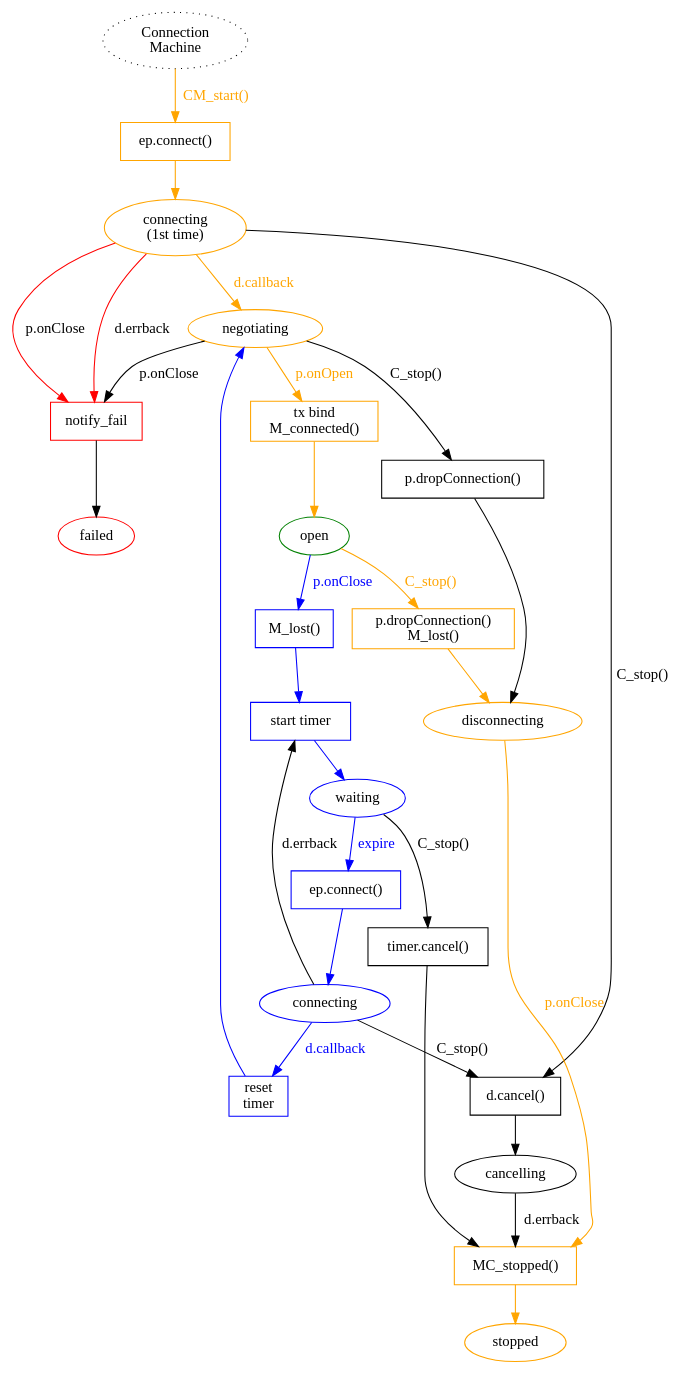
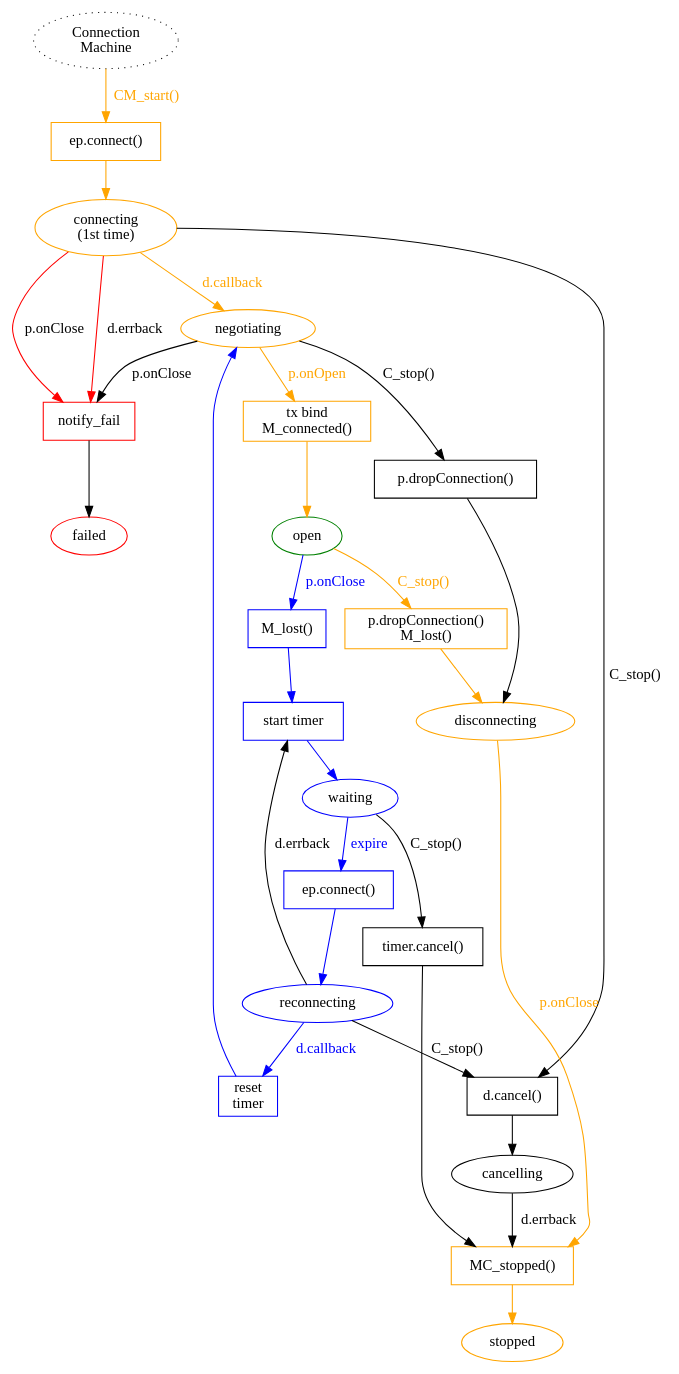
The diagram in docs/w4.dot (magic-wormhole/magic-wormhole), drawn with Graphviz before and after one commit. The commit also changed 1 other file, not shown here.

```diff
--- a/docs/w4.dot
+++ b/docs/w4.dot
@@ -1,61 +1,61 @@
 digraph {
 
 
         /* ConnectionMachine */
         C_start [label="Connection\nMachine" style="dotted"]
         C_start -> C_Pc1 [label="CM_start()" color="orange" fontcolor="orange"]
         C_Pc1 [shape="box" label="ep.connect()" color="orange"]
         C_Pc1 -> C_Sc1 [color="orange"]
         C_Sc1 [label="connecting\n(1st time)" color="orange"]
         C_Sc1 -> C_S_negotiating [label="d.callback" color="orange" fontcolor="orange"]
         C_Sc1 -> C_P_failed [label="d.errback" color="red"]
         C_Sc1 -> C_P_failed [label="p.onClose" color="red"]
         C_Sc1 -> C_P_cancel [label="C_stop()"]
         C_P_cancel [shape="box" label="d.cancel()"]
         C_P_cancel -> C_S_cancelling
         C_S_cancelling [label="cancelling"]
         C_S_cancelling -> C_P_stopped [label="d.errback"]
 
         C_S_negotiating [label="negotiating" color="orange"]
         C_S_negotiating -> C_P_failed [label="p.onClose"]
         C_S_negotiating -> C_P_connected [label="p.onOpen" color="orange" fontcolor="orange"]
         C_S_negotiating -> C_P_drop2 [label="C_stop()"]
         C_P_drop2 [shape="box" label="p.dropConnection()"]
         C_P_drop2 -> C_S_disconnecting
         C_P_connected [shape="box" label="tx bind\nM_connected()" color="orange"]
         C_P_connected -> C_S_open [color="orange"]
 
         C_S_open [label="open" color="green"]
         C_S_open -> C_P_lost [label="p.onClose" color="blue" fontcolor="blue"]
         C_S_open -> C_P_drop [label="C_stop()" color="orange" fontcolor="orange"]
         C_P_drop [shape="box" label="p.dropConnection()\nM_lost()" color="orange"]
         C_P_drop -> C_S_disconnecting [color="orange"]
         C_S_disconnecting [label="disconnecting" color="orange"]
         C_S_disconnecting -> C_P_stopped [label="p.onClose" color="orange" fontcolor="orange"]
 
         C_P_lost [shape="box" label="M_lost()" color="blue"]
         C_P_lost -> C_P_wait [color="blue"]
         C_P_wait [shape="box" label="start timer" color="blue"]
         C_P_wait -> C_S_waiting [color="blue"]
         C_S_waiting [label="waiting" color="blue"]
         C_S_waiting -> C_Pc2 [label="expire" color="blue" fontcolor="blue"]
         C_S_waiting -> C_P_stop_timer [label="C_stop()"]
         C_P_stop_timer [shape="box" label="timer.cancel()"]
         C_P_stop_timer -> C_P_stopped
         C_Pc2 [shape="box" label="ep.connect()" color="blue"]
         C_Pc2 -> C_Sc2 [color="blue"]
-        C_Sc2 [label="connecting" color="blue"]
+        C_Sc2 [label="reconnecting" color="blue"]
         C_Sc2 -> C_P_reset [label="d.callback" color="blue" fontcolor="blue"]
         C_P_reset [shape="box" label="reset\ntimer" color="blue"]
         C_P_reset -> C_S_negotiating [color="blue"]
         C_Sc2 -> C_P_wait [label="d.errback"]
         C_Sc2 -> C_P_cancel [label="C_stop()"]
 
         C_P_stopped [shape="box" label="MC_stopped()" color="orange"]
         C_P_stopped -> C_S_stopped [color="orange"]
         C_S_stopped [label="stopped" color="orange"]
 
         C_P_failed [shape="box" label="notify_fail" color="red"]
         C_P_failed -> C_S_failed
         C_S_failed [label="failed" color="red"]
 }
```
